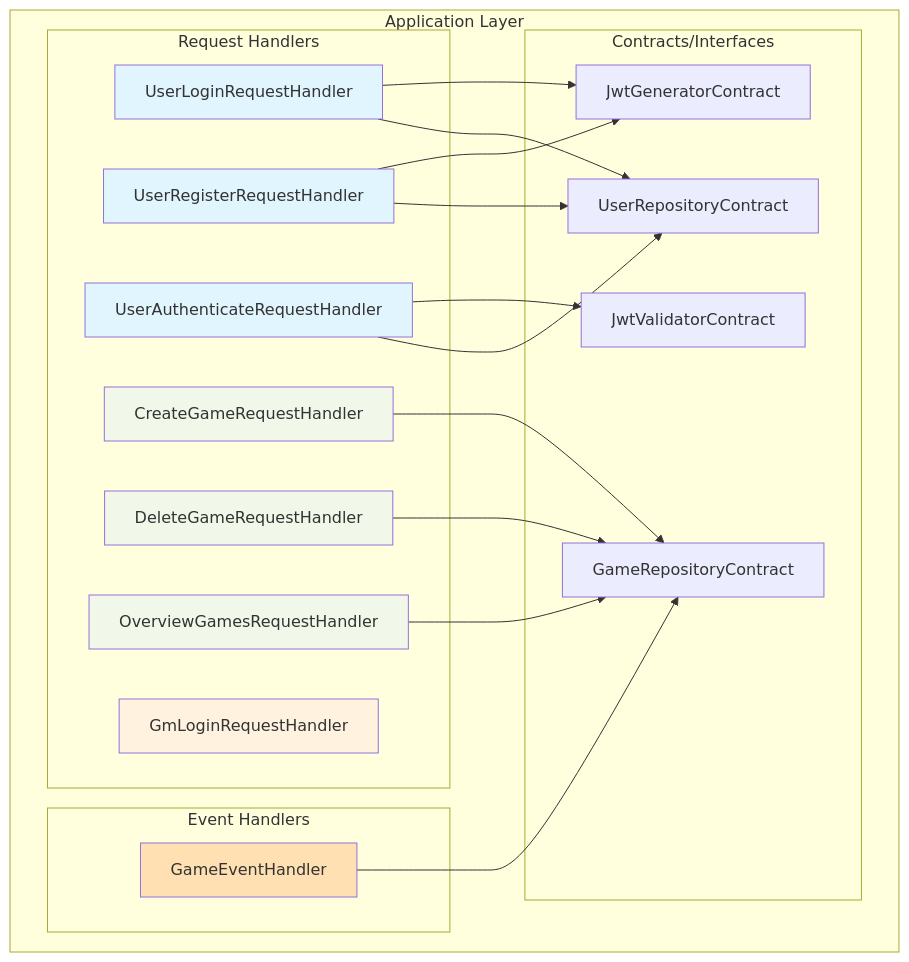
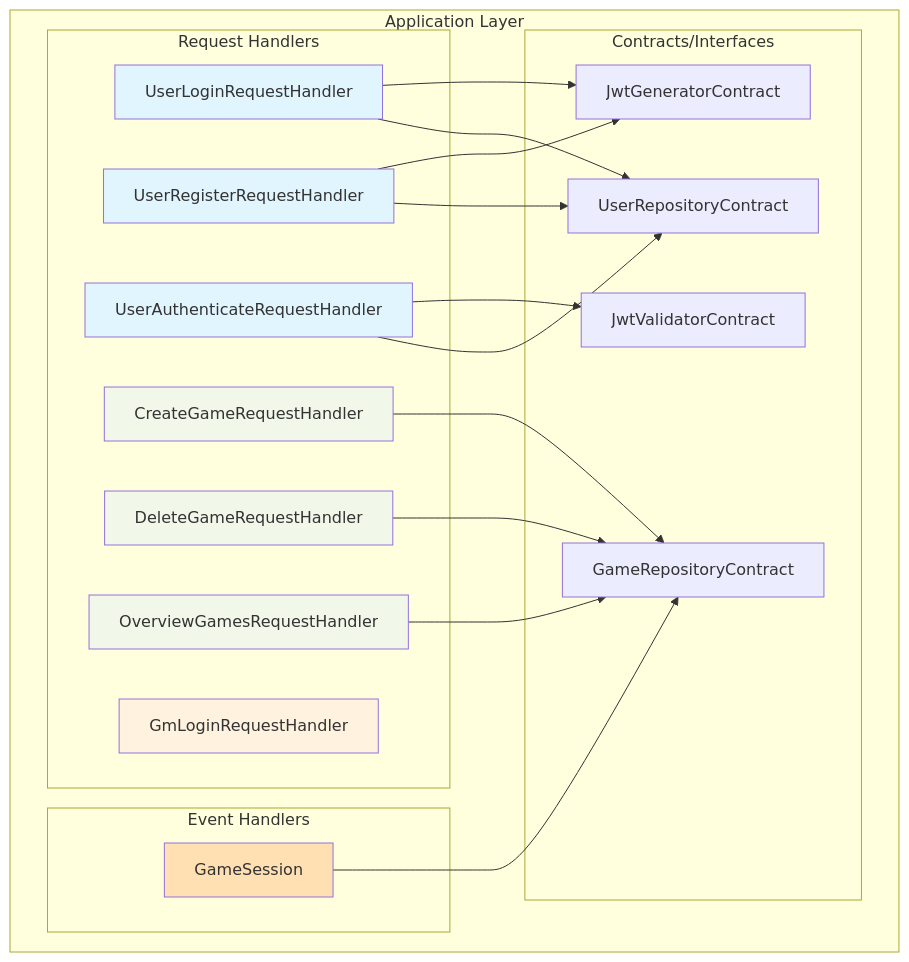
Before and after one commit to jakob-rzeppa/turnkeeper: the third of 13 diagrams in backend/ARCHITECTURE.md, drawn with Mermaid. The commit also changed other lines of this file and 4 other files, not shown here.

````diff
--- a/backend/ARCHITECTURE.md
+++ b/backend/ARCHITECTURE.md
@@ -125,45 +127,45 @@
 ```mermaid
 graph TB
     subgraph "Application Layer"
         subgraph "Request Handlers"
             ULogin[UserLoginRequestHandler]
             URegister[UserRegisterRequestHandler]
             UAuth[UserAuthenticateRequestHandler]
             GLogin[GmLoginRequestHandler]
             GameCreate[CreateGameRequestHandler]
             GameDelete[DeleteGameRequestHandler]
             GameOverview[OverviewGamesRequestHandler]
         end
-        
+
         subgraph "Event Handlers"
-            GameEvents[GameEventHandler]
+            GameEvents[GameSession]
         end
-        
+
         subgraph "Contracts/Interfaces"
             UserRepo[UserRepositoryContract]
             GameRepo[GameRepositoryContract]
             JwtGen[JwtGeneratorContract]
             JwtVal[JwtValidatorContract]
         end
     end
-    
+
     ULogin --> UserRepo
     ULogin --> JwtGen
     URegister --> UserRepo
     URegister --> JwtGen
     UAuth --> UserRepo
     UAuth --> JwtVal
     GameCreate --> GameRepo
     GameDelete --> GameRepo
     GameOverview --> GameRepo
     GameEvents --> GameRepo
-    
+
     style ULogin fill:#e1f5ff
     style URegister fill:#e1f5ff
     style UAuth fill:#e1f5ff
     style GLogin fill:#fff3e0
     style GameCreate fill:#f1f8e9
     style GameDelete fill:#f1f8e9
     style GameOverview fill:#f1f8e9
     style GameEvents fill:#ffe0b2
 ```
````
